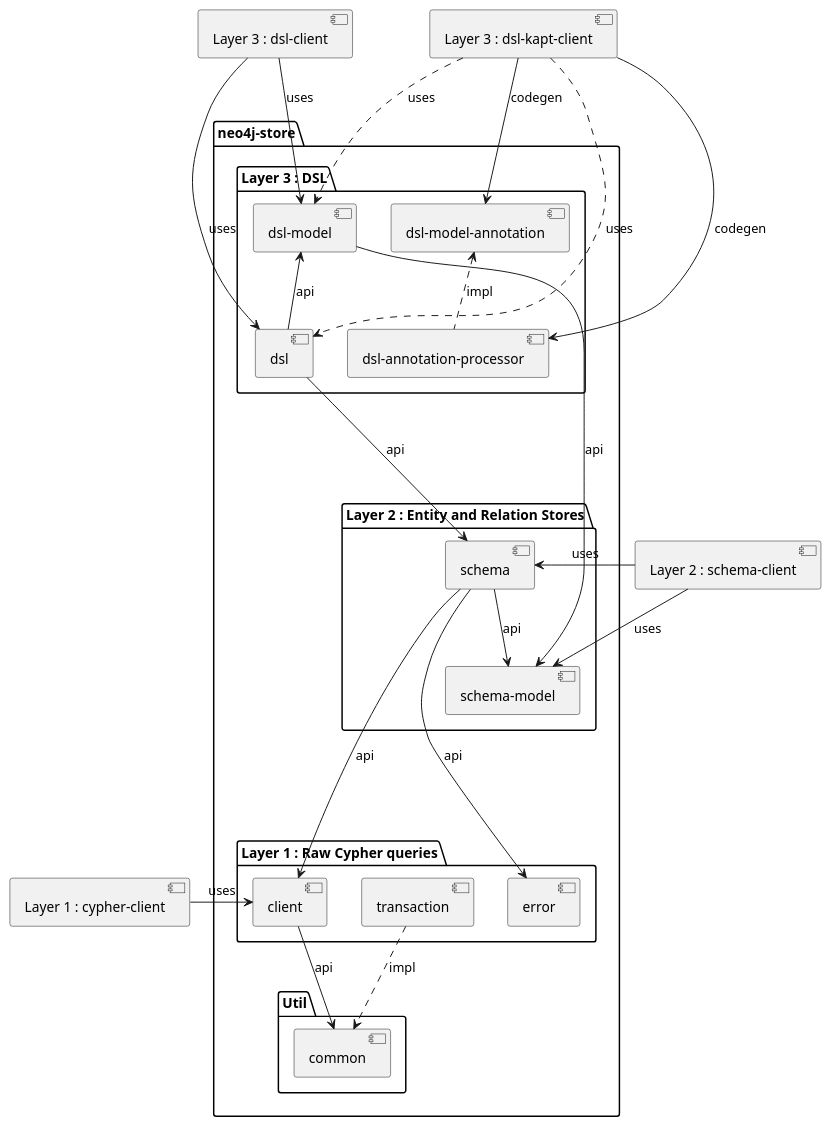
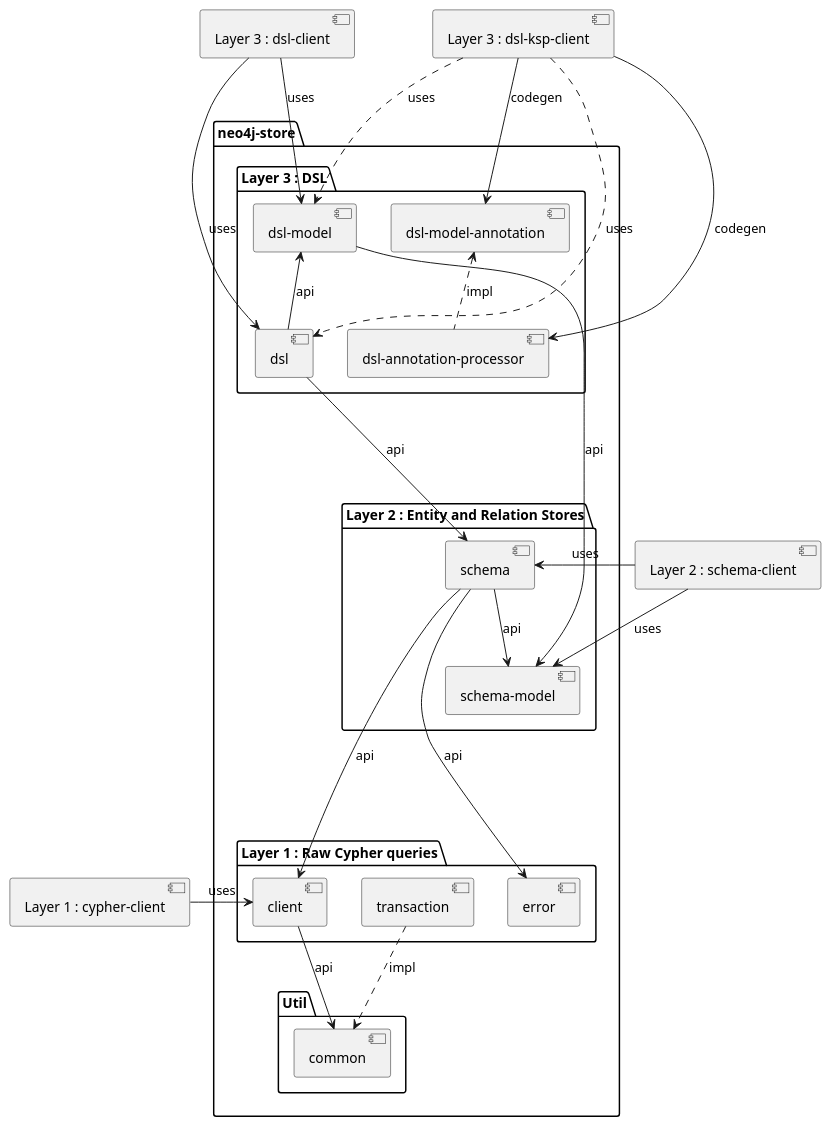
Before and after one commit to vihangpatil/neo4j-store: the diagram in docs/projects.plantuml, drawn with PlantUML. The commit also changed 21 other files, not shown here.

Commit message:
Migrated from kapt, which is in maintenance mode, to Kotlin Symbol Porcessing (KSP)

```diff
--- a/docs/projects.plantuml
+++ b/docs/projects.plantuml
@@ -1,62 +1,62 @@
 @startuml
 
 [Layer 1 : cypher-client]
 [Layer 2 : schema-client]
 [Layer 3 : dsl-client]
-[Layer 3 : dsl-kapt-client]
+[Layer 3 : dsl-ksp-client]
 
 package "neo4j-store" {
 
     package "Layer 3 : DSL" {
         [dsl]
         [dsl-model]
         [dsl-model-annotation]
         [dsl-annotation-processor]
 
 [dsl-model-annotation] <.. [dsl-annotation-processor] : impl
 [dsl-model] <-- [dsl] : api
     }
 
     package "Layer 2 : Entity and Relation Stores" {
         [schema]
         [schema-model]
 
 [schema] --> [schema-model] : api
     }
 
 [dsl-model] --->  [schema-model] : api
 [dsl] ---> [schema] : api
 
     package "Layer 1 : Raw Cypher queries" {
         [client]
         [error]
         [transaction]
     }
 
     package "Util" {
         [common]
     }
 
 [client] --> [common] : api
 [transaction] ..> [common] : impl
 
 
 [schema] ---> [client] : api
 [schema] ----> [error] : api
 
 }
 
 [Layer 1 : cypher-client] -right-> [client] : uses
 
 [Layer 2 : schema-client] -right-> [schema] : uses
 [Layer 2 : schema-client] -right-> [schema-model] : uses
 
 [Layer 3 : dsl-client] --> [dsl] : uses
 [Layer 3 : dsl-client] --> [dsl-model]: uses
 
-[Layer 3 : dsl-kapt-client] ..> [dsl] : uses
-[Layer 3 : dsl-kapt-client] ..> [dsl-model]: uses
-[Layer 3 : dsl-kapt-client] --> [dsl-annotation-processor]: codegen
-[Layer 3 : dsl-kapt-client] --> [dsl-model-annotation]: codegen
+[Layer 3 : dsl-ksp-client] ..> [dsl] : uses
+[Layer 3 : dsl-ksp-client] ..> [dsl-model]: uses
+[Layer 3 : dsl-ksp-client] --> [dsl-annotation-processor]: codegen
+[Layer 3 : dsl-ksp-client] --> [dsl-model-annotation]: codegen
 
 @enduml
```
